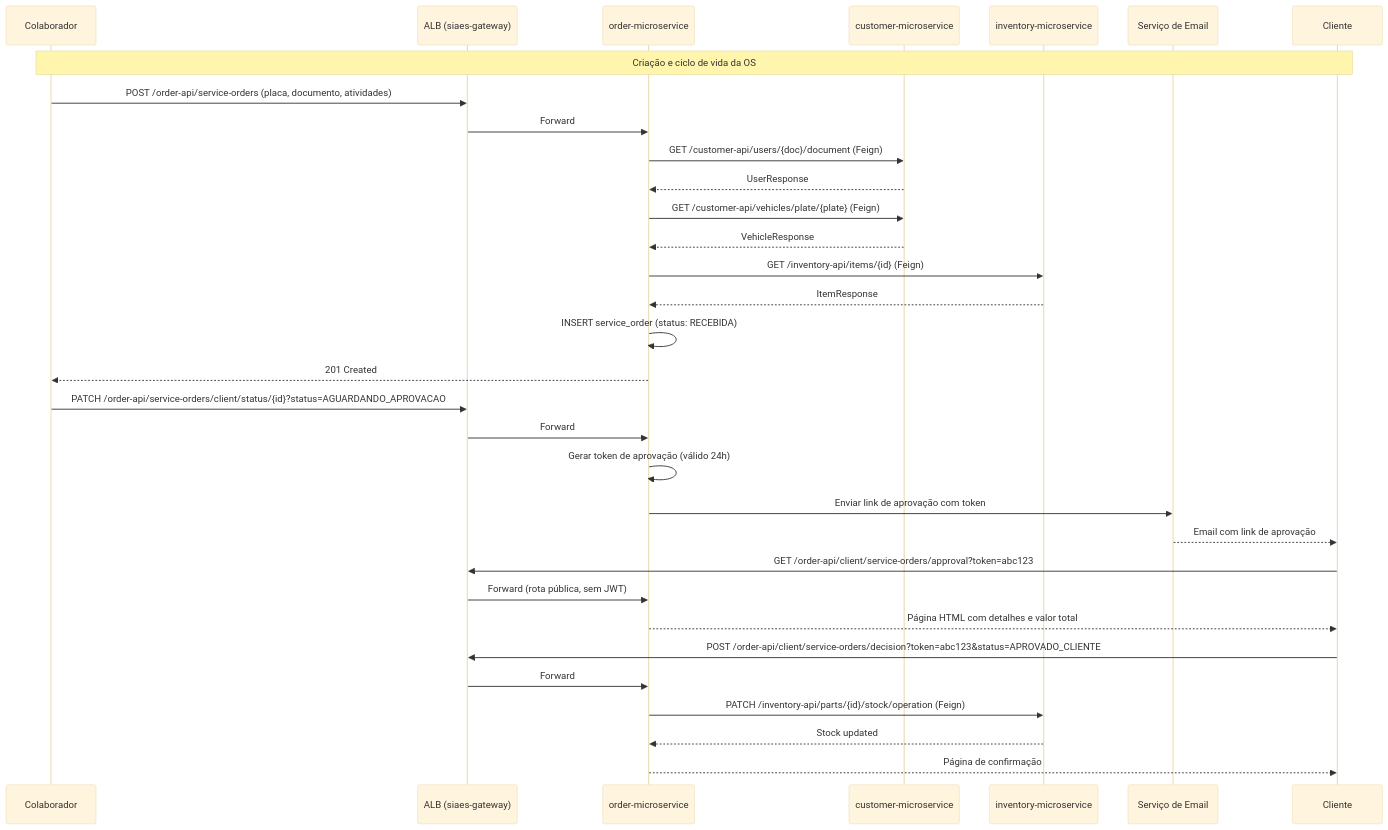
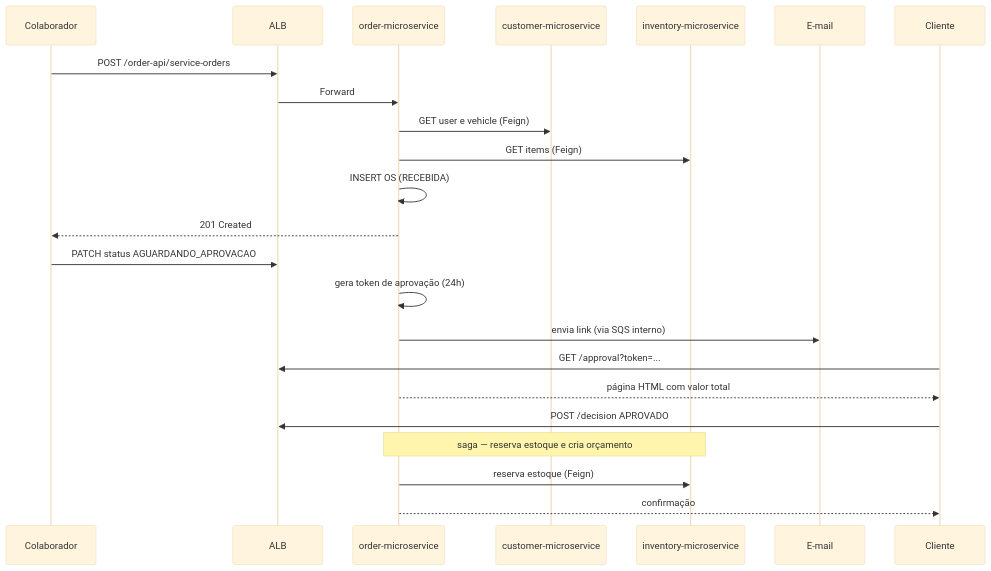
One commit to NullPointerXp/.github changed the fourth of 7 diagrams in profile/README.md. Above: the diagram before and after it, drawn with Mermaid (base theme). The commit also changed other lines of this file, not shown here.

````diff
--- a/profile/README.md
+++ b/profile/README.md
@@ -313,40 +417,29 @@
 ```mermaid
 sequenceDiagram
     participant Colab as Colaborador
-    participant ALB as ALB (siaes-gateway)
+    participant ALB as ALB
     participant Order as order-microservice
     participant Customer as customer-microservice
     participant Inventory as inventory-microservice
-    participant Email as Serviço de Email
+    participant Email as E-mail
     participant Cliente as Cliente
 
-    Note over Colab,Cliente: Criação e ciclo de vida da OS
-
-    Colab->>ALB: POST /order-api/service-orders (placa, documento, atividades)
+    Colab->>ALB: POST /order-api/service-orders
     ALB->>Order: Forward
-    Order->>Customer: GET /customer-api/users/{doc}/document (Feign)
-    Customer-->>Order: UserResponse
-    Order->>Customer: GET /customer-api/vehicles/plate/{plate} (Feign)
-    Customer-->>Order: VehicleResponse
-    Order->>Inventory: GET /inventory-api/items/{id} (Feign)
-    Inventory-->>Order: ItemResponse
-    Order->>Order: INSERT service_order (status: RECEBIDA)
+    Order->>Customer: GET user e vehicle (Feign)
+    Order->>Inventory: GET items (Feign)
+    Order->>Order: INSERT OS (RECEBIDA)
     Order-->>Colab: 201 Created
 
-    Colab->>ALB: PATCH /order-api/service-orders/client/status/{id}?status=AGUARDANDO_APROVACAO
-    ALB->>Order: Forward
-    Order->>Order: Gerar token de aprovação (válido 24h)
-    Order->>Email: Enviar link de aprovação com token
+    Colab->>ALB: PATCH status AGUARDANDO_APROVACAO
+    Order->>Order: gera token de aprovação (24h)
+    Order->>Email: envia link (via SQS interno)
 
-    Email-->>Cliente: Email com link de aprovação
+    Cliente->>ALB: GET /approval?token=...
+    Order-->>Cliente: página HTML com valor total
 
-    Cliente->>ALB: GET /order-api/client/service-orders/approval?token=abc123
-    ALB->>Order: Forward (rota pública, sem JWT)
-    Order-->>Cliente: Página HTML com detalhes e valor total
-
-    Cliente->>ALB: POST /order-api/client/service-orders/decision?token=abc123&status=APROVADO_CLIENTE
-    ALB->>Order: Forward
-    Order->>Inventory: PATCH /inventory-api/parts/{id}/stock/operation (Feign)
-    Inventory-->>Order: Stock updated
-    Order-->>Cliente: Página de confirmação
+    Cliente->>ALB: POST /decision APROVADO
+    Note over Order,Inventory: saga — reserva estoque e cria orçamento
+    Order->>Inventory: reserva estoque (Feign)
+    Order-->>Cliente: confirmação
 ```
````
